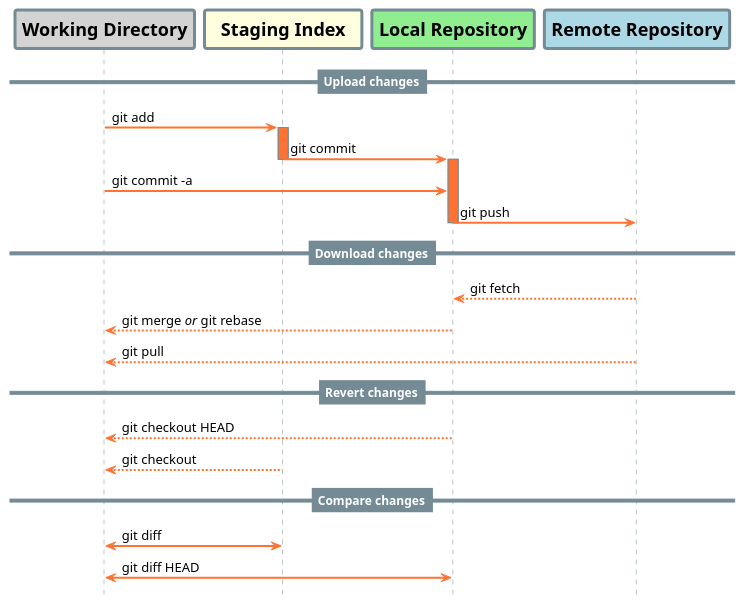
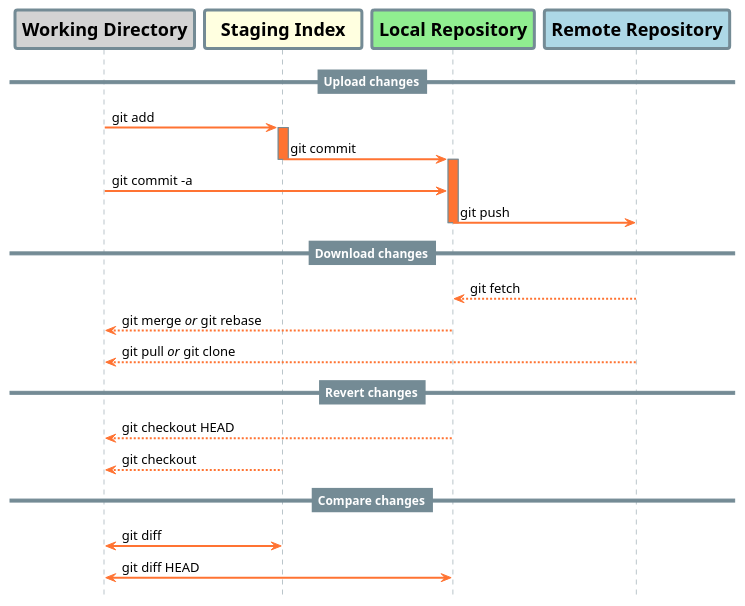
Before and after one commit to brazacz/brazacz.com: the second of 2 diagrams in _posts/2021-03-15-git-tutorial.md, drawn with PlantUML.

Commit message:
Add "git clone" to Git life cycle

````diff
--- a/_posts/2021-03-15-git-tutorial.md
+++ b/_posts/2021-03-15-git-tutorial.md
@@ -482,49 +482,49 @@
 ```plantuml!
 @startuml
 hide footbox
 skinparam Shadowing false
 skinparam sequence {
 	DividerBorderThickness		0
 	DividerBackgroundColor		#748b95
 	DividerFontSize				12
 	DividerFontColor			#White
 	LifeLineBorderThickness		1
 	LifeLineBorderColor			#748b95
 	LifeLineBackgroundColor		#ff7332
 	ParticipantBorderThickness	3
 	ParticipantBorderColor		#748b95
 	ParticipantFontSize			18
 	ParticipantFontStyle		Bold
 	ArrowColor					#ff7332
 	ArrowThickness				2
 }
 participant "Working Directory" #LightGrey
 participant "  Staging Index  " #LightYellow
 participant "Local Repository" #LightGreen
 participant "Remote Repository" #LightBlue
 
 ==Upload changes==
 "Working Directory" -> "  Staging Index  " : git add
 activate "  Staging Index  "
 "  Staging Index  " -> "Local Repository" : git commit
 deactivate "  Staging Index  "
 activate "Local Repository"
 "Working Directory" -> "Local Repository" : git commit -a
 "Local Repository" -> "Remote Repository" : git push
 deactivate "Local Repository"
 
 ==Download changes==
 "Local Repository" <-- "Remote Repository" : git fetch
 "Working Directory" <-- "Local Repository" : git merge //or// git rebase
-"Working Directory" <-- "Remote Repository" : git pull
+"Working Directory" <-- "Remote Repository" : git pull //or// git clone
 
 ==Revert changes==
 "Working Directory" <-- "Local Repository" : git checkout HEAD
 "Working Directory" <-- "  Staging Index  " : git checkout
 
 ==Compare changes==
 "Working Directory" <-> "  Staging Index  " : git diff
 "Working Directory" <-> "Local Repository" : git diff HEAD
 
 @enduml
 ```
````
